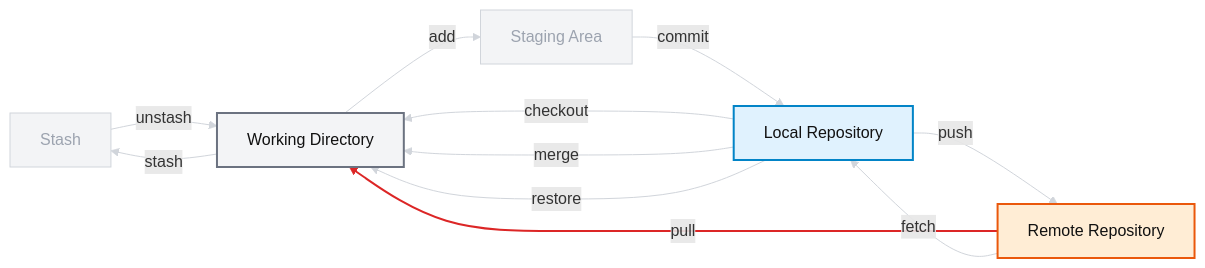
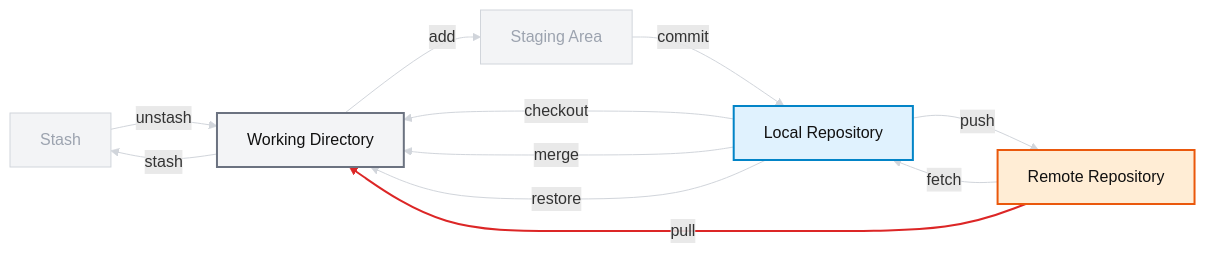
Before and after one commit to iannickgagnon/sagedays_iannick_2026: the seventh of 8 diagrams in git_1/README.md, drawn with Mermaid.

Commit message:
docs: Fix diagram arrow rendering order

````diff
--- a/git_1/README.md
+++ b/git_1/README.md
@@ -401,38 +401,38 @@
 ```mermaid
 flowchart LR
 
     classDef work fill:#f3f4f6,stroke:#6b7280,stroke-width:2px,color:#111111;
     classDef local fill:#e0f2fe,stroke:#0284c7,stroke-width:2px,color:#111111;
     classDef remote fill:#ffedd5,stroke:#ea580c,stroke-width:2px,color:#111111;
     classDef faded fill:#f3f4f6,stroke:#d1d5db,stroke-width:1px,color:#9ca3af;
 
     ST[Stash]:::faded
     WD[Working Directory]:::work
     SA[Staging Area]:::faded
     LR[Local Repository]:::local
     RR[Remote Repository]:::remote
 
-    RR -->|pull| WD
+    
 
     WD -->|add| SA
     SA -->|commit| LR
     LR -->|push| RR
     RR -->|fetch| LR
+    RR -->|pull| WD
     LR -->|checkout| WD
     LR -->|merge| WD
     LR -->|restore| WD
     WD -->|stash| ST
     ST -->|unstash| WD
 
-    linkStyle 0 stroke:#dc2626,stroke-width:2px;
-
+    linkStyle 0 stroke:#d1d5db,stroke-width:1px;
     linkStyle 1 stroke:#d1d5db,stroke-width:1px;
     linkStyle 2 stroke:#d1d5db,stroke-width:1px;
     linkStyle 3 stroke:#d1d5db,stroke-width:1px;
-    linkStyle 4 stroke:#d1d5db,stroke-width:1px;
+    linkStyle 4 stroke:#dc2626,stroke-width:2px;
     linkStyle 5 stroke:#d1d5db,stroke-width:1px;
     linkStyle 6 stroke:#d1d5db,stroke-width:1px;
     linkStyle 7 stroke:#d1d5db,stroke-width:1px;
     linkStyle 8 stroke:#d1d5db,stroke-width:1px;
     linkStyle 9 stroke:#d1d5db,stroke-width:1px;
 ```
````
